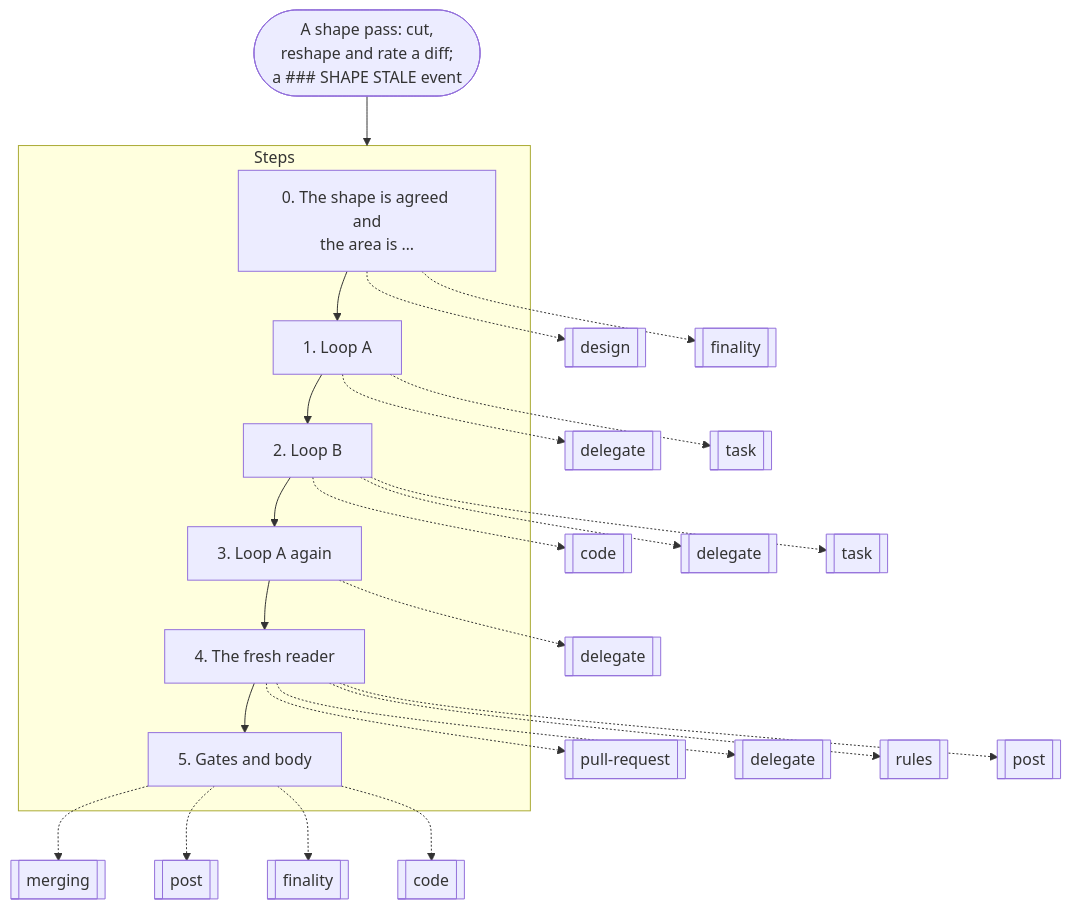
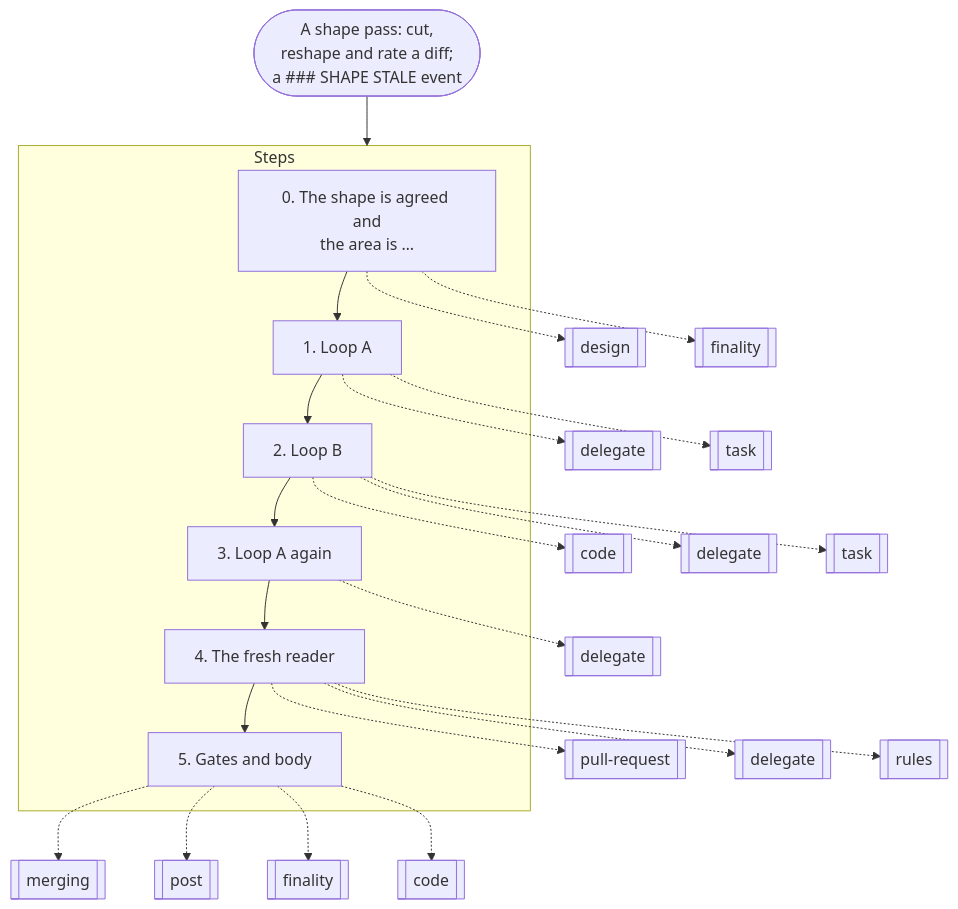
Before and after one commit to nitedani/mergeworthy: diagram 13 of 19 in docs/graphs.md, drawn with Mermaid. The commit also changed other lines of this file and 13 other files, not shown here.

````diff
--- a/docs/graphs.md
+++ b/docs/graphs.md
@@ -374,34 +372,33 @@
 ```mermaid
 flowchart TB
   start(["A shape pass: cut,<br/>reshape and rate a diff;<br/>a ### SHAPE STALE event"])
   subgraph g0["Steps"]
     s0["0. The shape is agreed and<br/>the area is …"]
     s1["1. Loop A"]
     s0 --> s1
     s2["2. Loop B"]
     s1 --> s2
     s3["3. Loop A again"]
     s2 --> s3
     s4["4. The fresh reader"]
     s3 --> s4
     s5["5. Gates and body"]
     s4 --> s5
   end
   s0 -.-> r1[["design"]]
   s0 -.-> r2[["finality"]]
   s1 -.-> r3[["delegate"]]
   s1 -.-> r4[["task"]]
   s2 -.-> r5[["code"]]
   s2 -.-> r6[["delegate"]]
   s2 -.-> r7[["task"]]
   s3 -.-> r8[["delegate"]]
   s4 -.-> r9[["pull-request"]]
   s4 -.-> r10[["delegate"]]
   s4 -.-> r11[["rules"]]
-  s4 -.-> r12[["post"]]
-  s5 -.-> r13[["merging"]]
-  s5 -.-> r14[["post"]]
-  s5 -.-> r15[["finality"]]
-  s5 -.-> r16[["code"]]
+  s5 -.-> r12[["merging"]]
+  s5 -.-> r13[["post"]]
+  s5 -.-> r14[["finality"]]
+  s5 -.-> r15[["code"]]
   start --> g0
 ```
````
